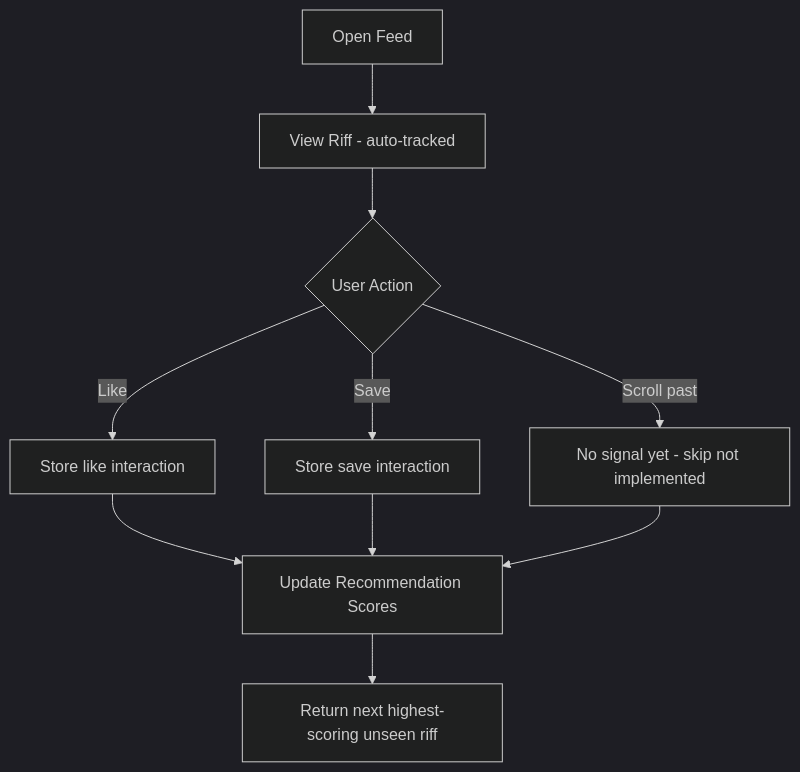
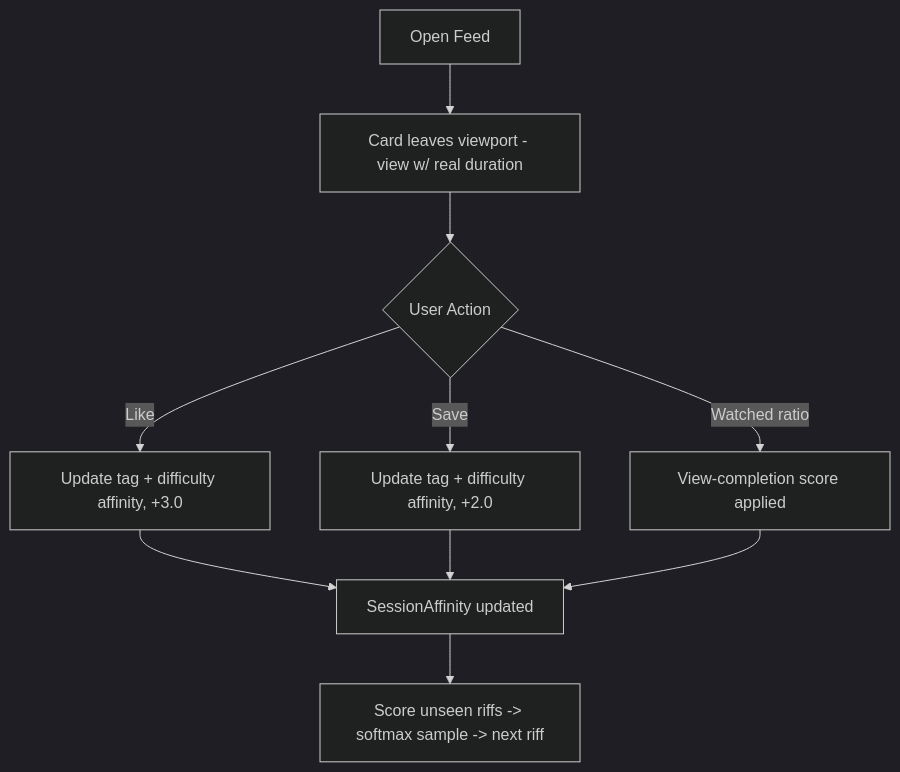
One commit to Zachwm/riffly changed the third of 3 diagrams in README.md. Above: the diagram before and after it, drawn with Mermaid (dark theme). The commit also changed other lines of this file and 14 other files, not shown here.

````diff
--- a/README.md
+++ b/README.md
@@ -249,15 +250,15 @@
 ```mermaid
 flowchart TD
-    A[Open Feed] --> B[View Riff - auto-tracked]
+    A[Open Feed] --> B[Card leaves viewport - view w/ real duration]
     B --> C{User Action}
 
-    C -->|Like| D[Store like interaction]
-    C -->|Save| E[Store save interaction]
-    C -->|Scroll past| F[No signal yet - skip not implemented]
+    C -->|Like| D[Update tag + difficulty affinity, +3.0]
+    C -->|Save| E[Update tag + difficulty affinity, +2.0]
+    C -->|Watched ratio| F[View-completion score applied]
 
-    D --> G[Update Recommendation Scores]
+    D --> G[SessionAffinity updated]
     E --> G
     F --> G
 
-    G --> H[Return next highest-scoring unseen riff]
+    G --> H[Score unseen riffs -> softmax sample -> next riff]
 ```
````
